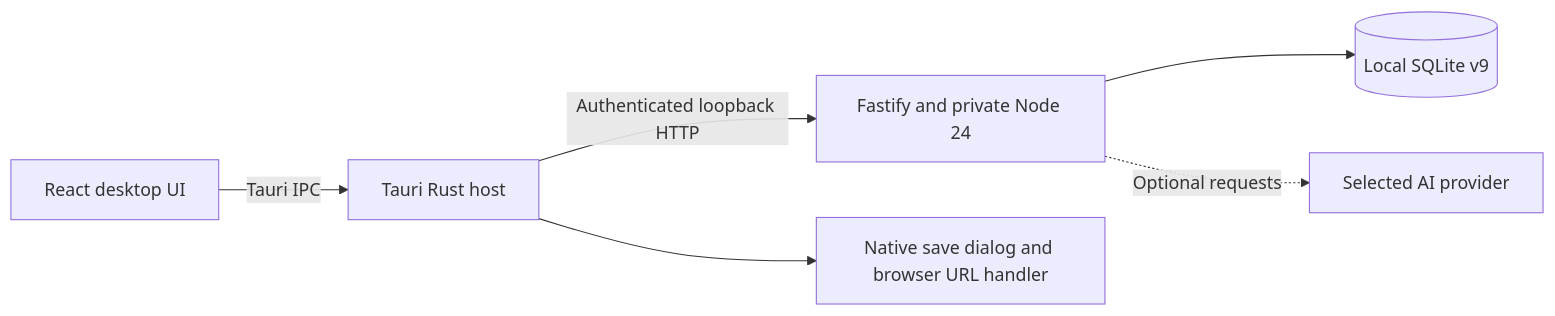
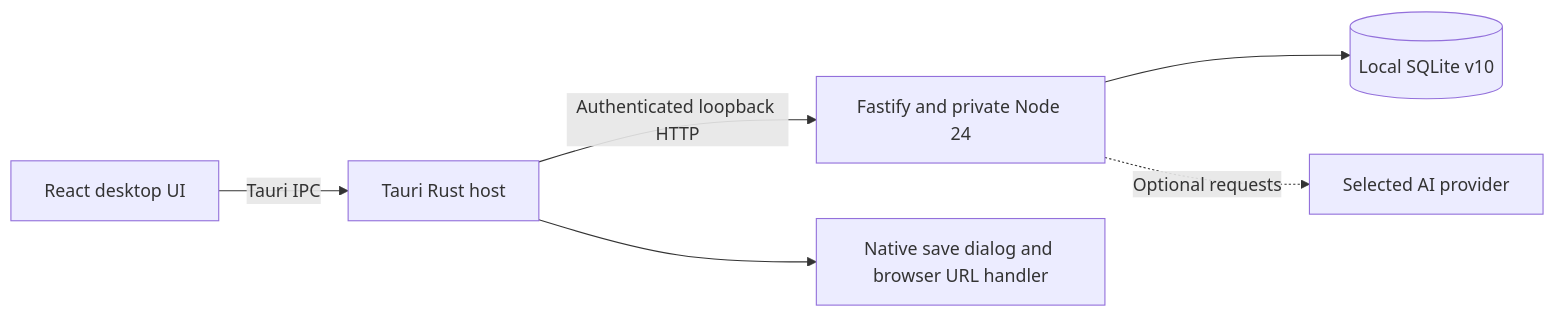
The diagram in README.md (Yide-Milo-Li/LeetCode-Tracker), drawn with Mermaid before and after one commit. The commit also changed other lines of this file and 49 other files, not shown here.

````diff
--- a/README.md
+++ b/README.md
@@ -101,8 +114,8 @@
 ```mermaid
 flowchart LR
     UI[React desktop UI] -->|Tauri IPC| Host[Tauri Rust host]
     Host -->|Authenticated loopback HTTP| API[Fastify and private Node 24]
-    API --> DB[(Local SQLite v9)]
+    API --> DB[(Local SQLite v10)]
     API -. Optional requests .-> AI[Selected AI provider]
     Host --> OS[Native save dialog and browser URL handler]
 ```
````
